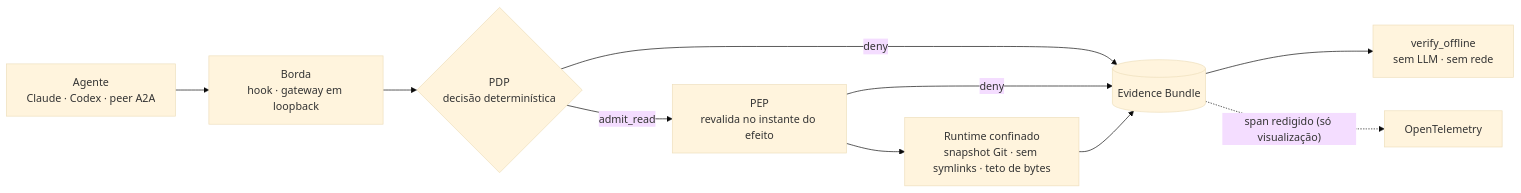
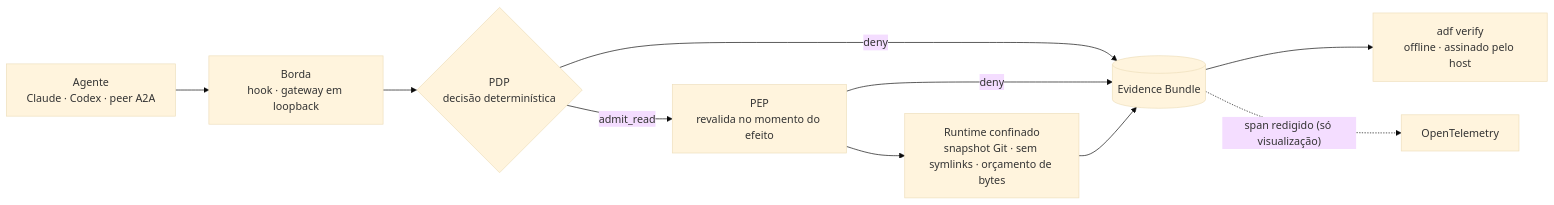
One commit to Joaolucas2210/agent-effect-security changed the diagram in README.pt-BR.md. Above: the diagram before and after it, drawn with Mermaid (base theme). The commit also changed other lines of this file and 1 other file, not shown here.

````diff
--- a/README.pt-BR.md
+++ b/README.pt-BR.md
@@ -40,12 +48,12 @@
 ```mermaid
 flowchart LR
   A["Agente<br/>Claude · Codex · peer A2A"] --> E["Borda<br/>hook · gateway em loopback"]
   E --> P{"PDP<br/>decisão determinística"}
   P -- deny --> B[("Evidence Bundle")]
-  P -- admit_read --> F["PEP<br/>revalida no instante do efeito"]
+  P -- admit_read --> F["PEP<br/>revalida no momento do efeito"]
   F -- deny --> B
-  F --> R["Runtime confinado<br/>snapshot Git · sem symlinks · teto de bytes"]
+  F --> R["Runtime confinado<br/>snapshot Git · sem symlinks · orçamento de bytes"]
   R --> B
-  B --> V["verify_offline<br/>sem LLM · sem rede"]
+  B --> V["adf verify<br/>offline · assinado pelo host"]
   B -. "span redigido (só visualização)" .-> O["OpenTelemetry"]
 ```
````
